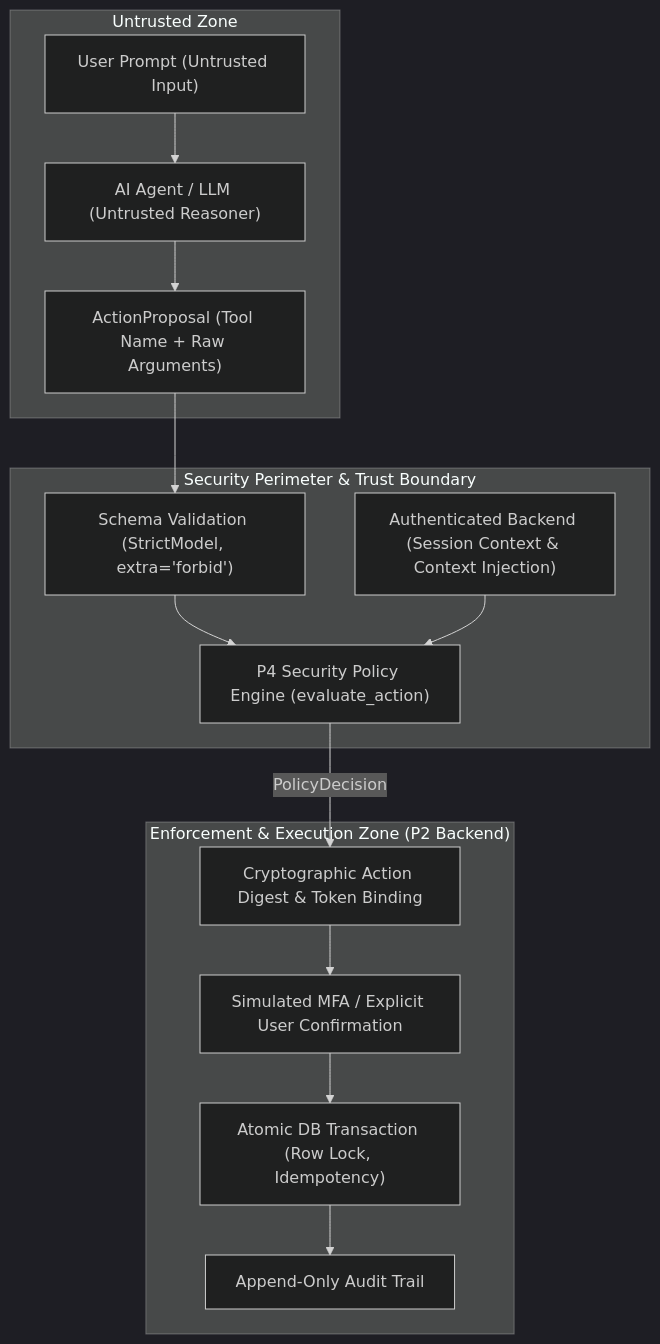
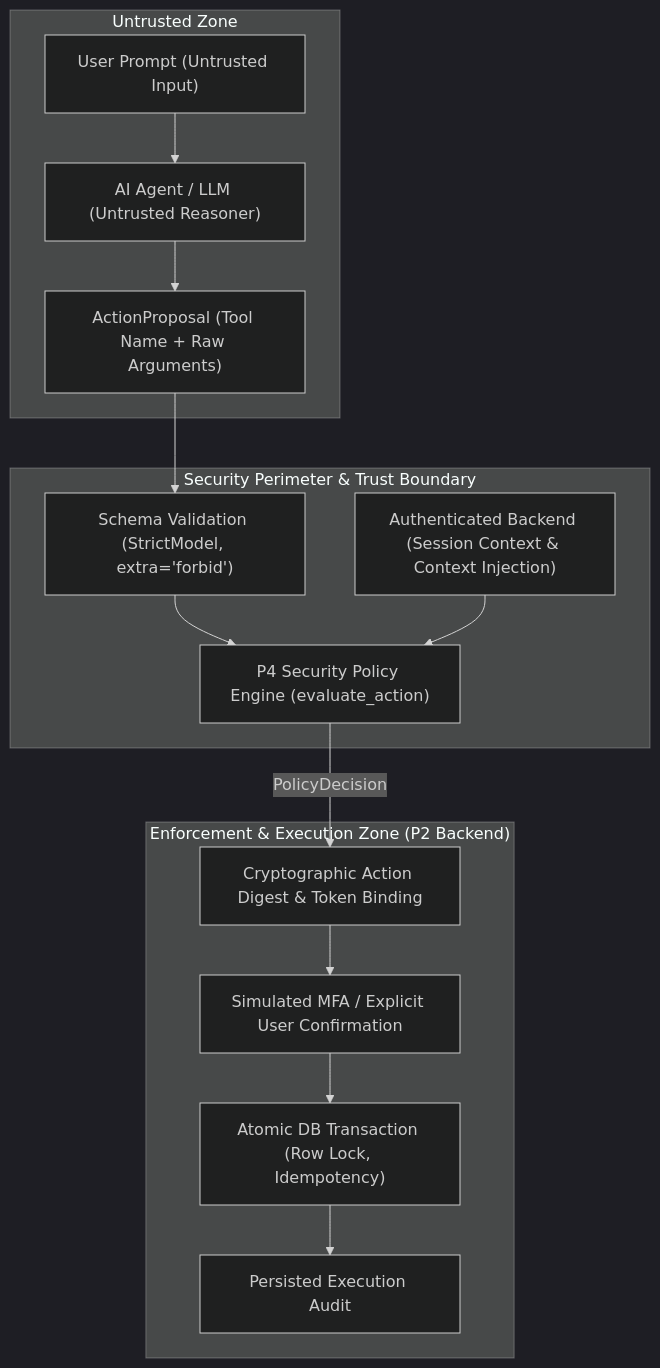
Before and after one commit to fvia88/ai-banking-agent: the first of 2 diagrams in docs/security/threat_model.md, drawn with Mermaid (dark theme). The commit also changed other lines of this file and 65 other files, not shown here.

````diff
--- a/docs/security/threat_model.md
+++ b/docs/security/threat_model.md
@@ -15,30 +23,30 @@
 ```mermaid
 flowchart TD
     subgraph UntrustedZone["Untrusted Zone"]
         UserPrompt["User Prompt (Untrusted Input)"]
         LLM["AI Agent / LLM (Untrusted Reasoner)"]
         UserPrompt --> LLM
         LLM --> ActionProposal["ActionProposal (Tool Name + Raw Arguments)"]
     end
 
     subgraph TrustBoundary["Security Perimeter & Trust Boundary"]
         BackendContext["Authenticated Backend (Session Context & Context Injection)"]
         Validation["Schema Validation (StrictModel, extra='forbid')"]
         PolicyEngine["P4 Security Policy Engine (evaluate_action)"]
     end
 
     subgraph EnforcementZone["Enforcement & Execution Zone (P2 Backend)"]
         ApprovalToken["Cryptographic Action Digest & Token Binding"]
         UserMFA["Simulated MFA / Explicit User Confirmation"]
         DBExecution["Atomic DB Transaction (Row Lock, Idempotency)"]
-        AuditLog["Append-Only Audit Trail"]
+        AuditLog["Persisted Execution Audit"]
     end
 
     ActionProposal --> Validation
     Validation --> PolicyEngine
     BackendContext --> PolicyEngine
     PolicyEngine -->|PolicyDecision| ApprovalToken
     ApprovalToken --> UserMFA
     UserMFA --> DBExecution
     DBExecution --> AuditLog
 ```
````
